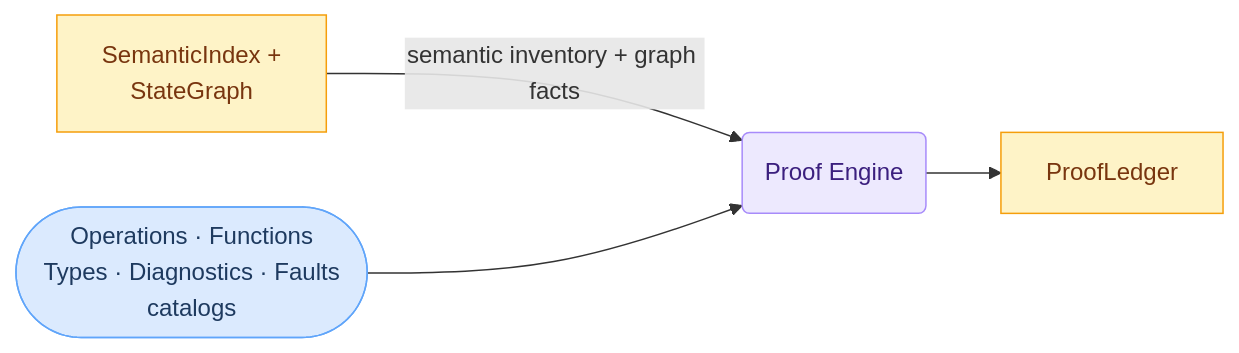
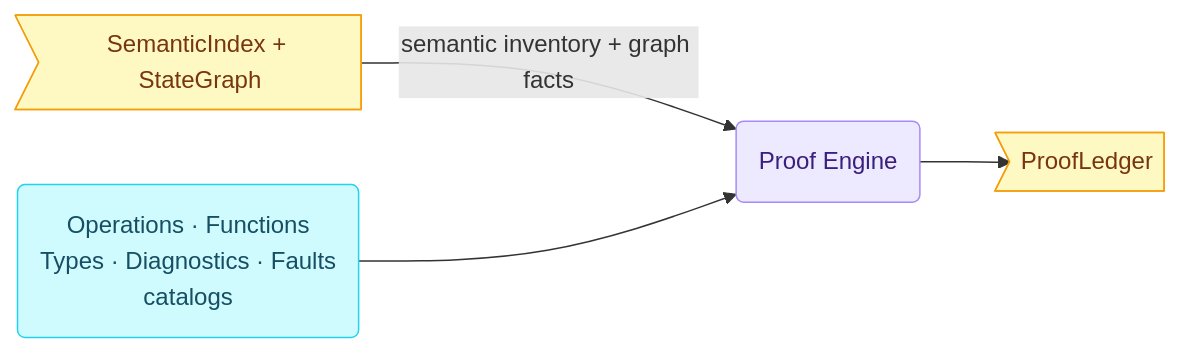
Before and after one commit to sfalik/Precept: the sixth of 9 diagrams in docs/compiler-and-runtime-design.md, drawn with Mermaid. The commit also changed other lines of this file and 1 other file, not shown here.

First line of the commit message:
docs: refine pipeline diagram and narrative in compiler-and-runtime-design.md

````diff
--- a/docs/compiler-and-runtime-design.md
+++ b/docs/compiler-and-runtime-design.md
@@ -536,15 +650,16 @@
 ```mermaid
 flowchart LR
-    classDef input fill:#dbeafe,stroke:#60a5fa,color:#1e3a5f
-    classDef stage fill:#ede9fe,stroke:#a78bfa,color:#3b1f7e
-    classDef artifact fill:#fef3c7,stroke:#f59e0b,color:#78350f
+    classDef input   fill:#dbeafe,stroke:#60a5fa,color:#1e3a5f
+    classDef catalog fill:#cffafe,stroke:#22d3ee,color:#164e63
+    classDef stage   fill:#ede9fe,stroke:#a78bfa,color:#3b1f7e
+    classDef out     fill:#fef9c3,stroke:#f59e0b,color:#78350f
 
-    TM["SemanticIndex +<br/>StateGraph"]:::artifact
-    CAT(["Operations · Functions<br/>Types · Diagnostics · Faults<br/>catalogs"]):::input
+    TM>"SemanticIndex + StateGraph"]:::out
+    CAT("Operations · Functions<br/>Types · Diagnostics · Faults<br/>catalogs"):::catalog
     PE(Proof Engine):::stage
-    OUT[ProofLedger]:::artifact
+    OUT>"ProofLedger"]:::out
 
     TM -->|"semantic inventory + graph facts"| PE
     CAT --> PE
     PE --> OUT
 ```
````
